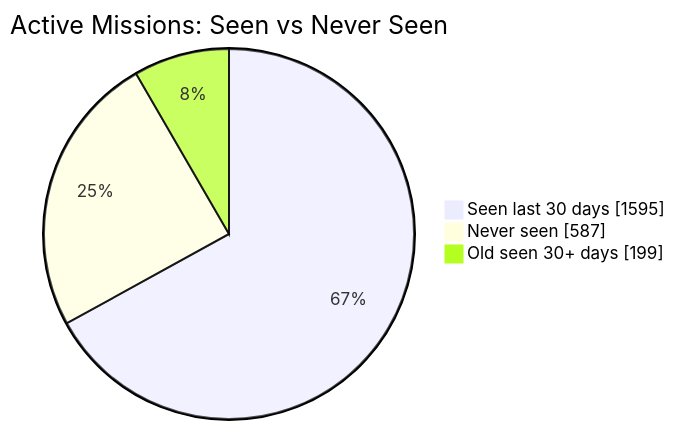
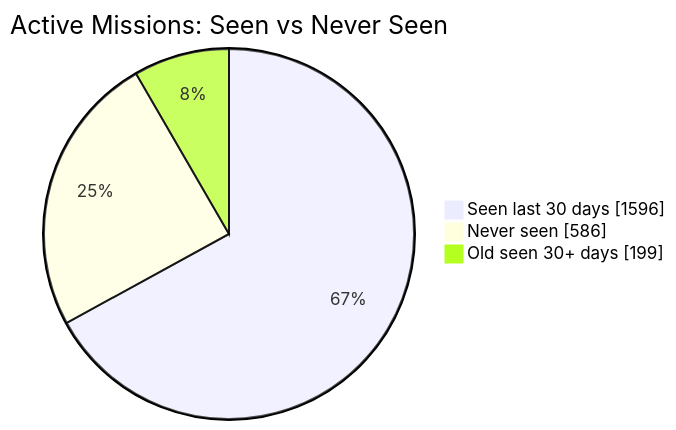
One commit to MeldkamerspelGameTeam/active-missions changed the first of 2 diagrams in README.md. Above: the diagram before and after it, drawn with Mermaid. The commit also changed other lines of this file and 2 other files, not shown here.

````diff
--- a/README.md
+++ b/README.md
@@ -34,7 +34,7 @@
 ```mermaid
 pie showData
     title Active Missions: Seen vs Never Seen
-    "Seen last 30 days" : 1595
-    "Never seen" : 587
+    "Seen last 30 days" : 1596
+    "Never seen" : 586
     "Old seen 30+ days" : 199
 ```
````
